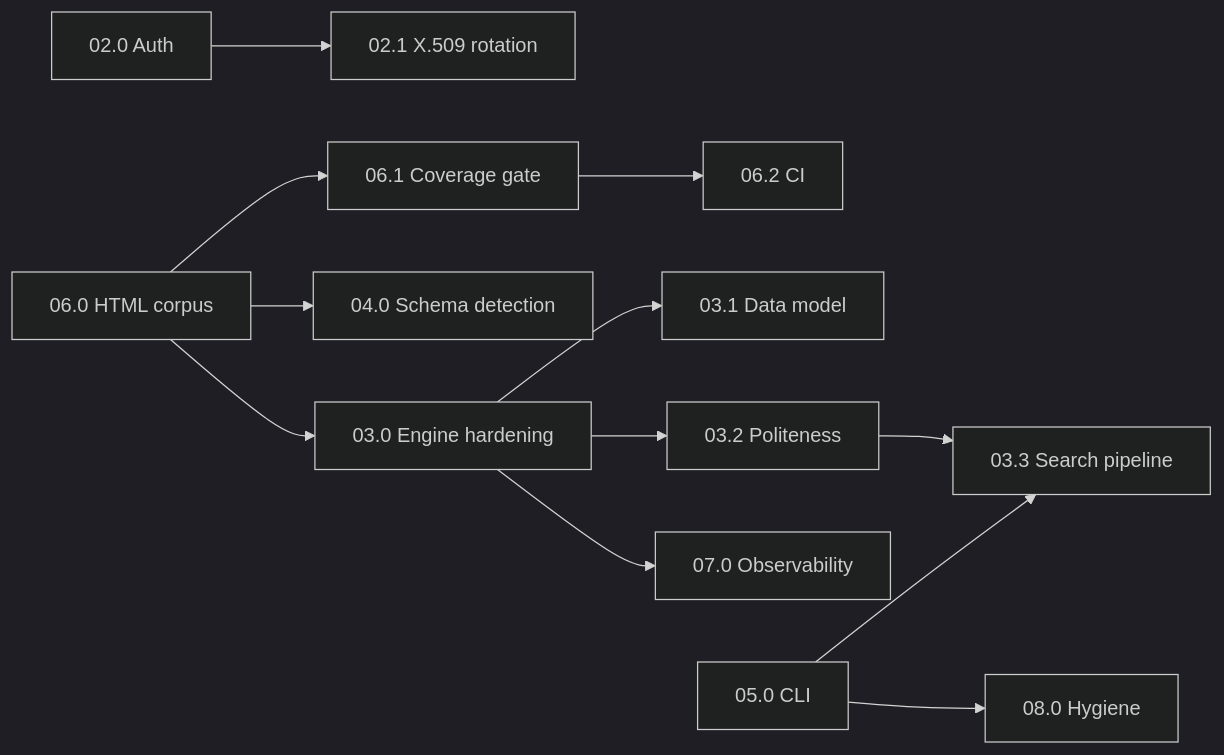
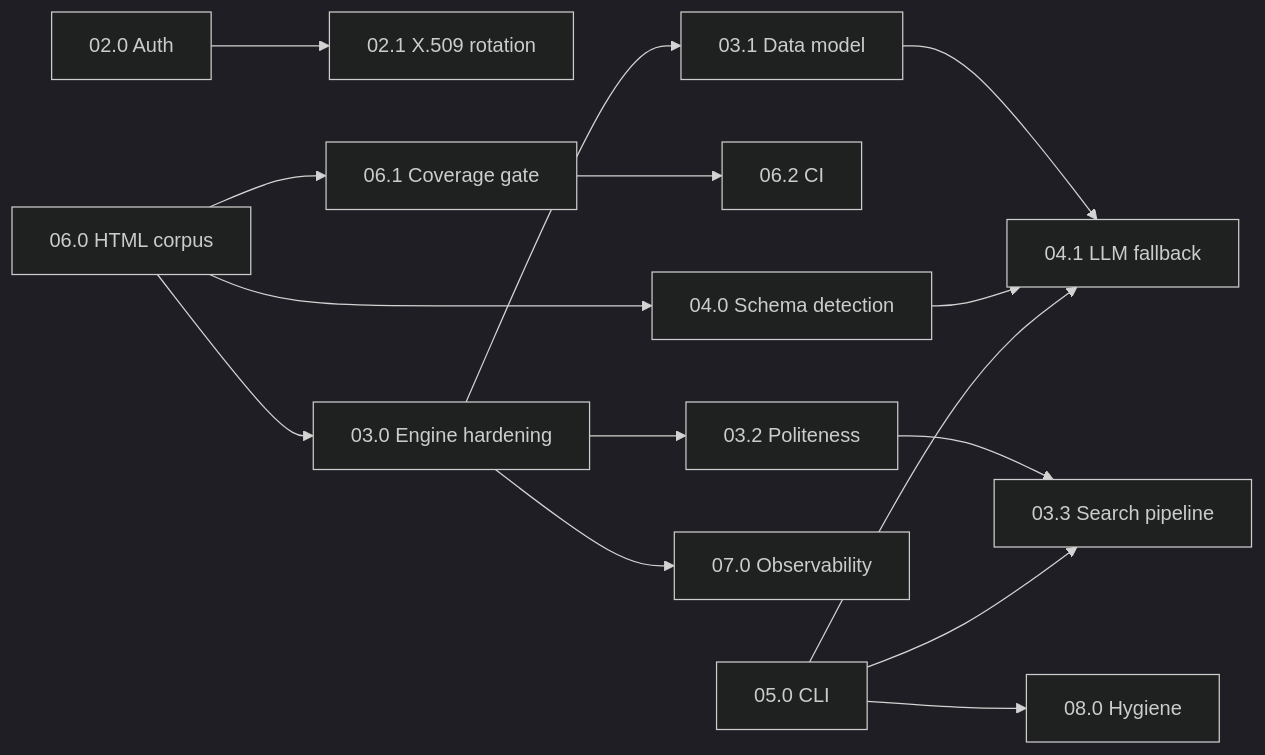
Before and after one commit to yuchdev/BookScraper: the diagram in docs/roadmap/0001-generic-implementation/plan.md, drawn with Mermaid (dark theme). The commit also changed other lines of this file and 10 other files, not shown here.

First line of the commit message:
docs(roadmap): add task 04.1 LLM extraction fallback from Scrapegraph-ai evaluation

````diff
--- a/docs/roadmap/0001-generic-implementation/plan.md
+++ b/docs/roadmap/0001-generic-implementation/plan.md
@@ -45,14 +48,17 @@
 ```mermaid
 graph LR
   T020[02.0 Auth] --> T021[02.1 X.509 rotation]
   T060[06.0 HTML corpus] --> T030[03.0 Engine hardening]
   T060 --> T040[04.0 Schema detection]
   T060 --> T061[06.1 Coverage gate]
   T061 --> T062[06.2 CI]
   T030 --> T031[03.1 Data model]
   T030 --> T032[03.2 Politeness]
   T030 --> T070[07.0 Observability]
   T032 --> T033[03.3 Search pipeline]
   T050[05.0 CLI] --> T033
   T050 --> T080[08.0 Hygiene]
+  T031 --> T041[04.1 LLM fallback]
+  T040 --> T041
+  T050 --> T041
 ```
````
